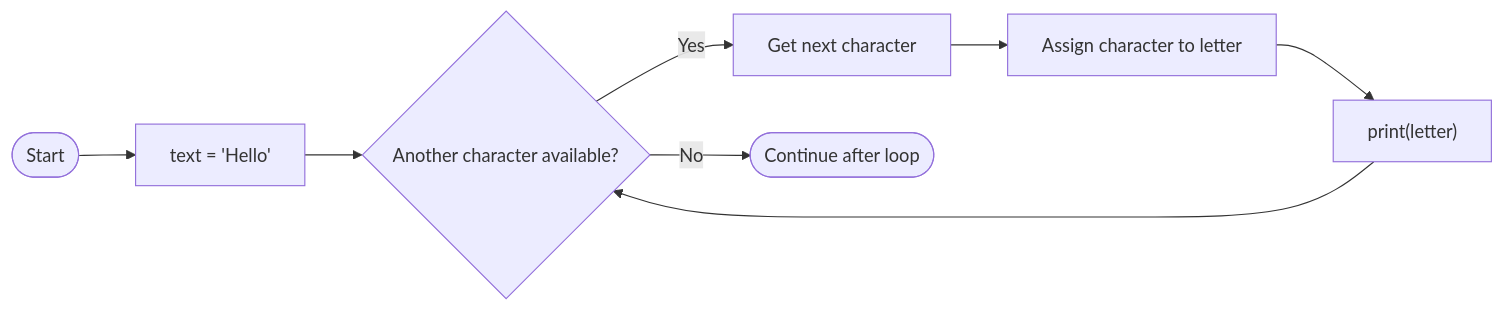
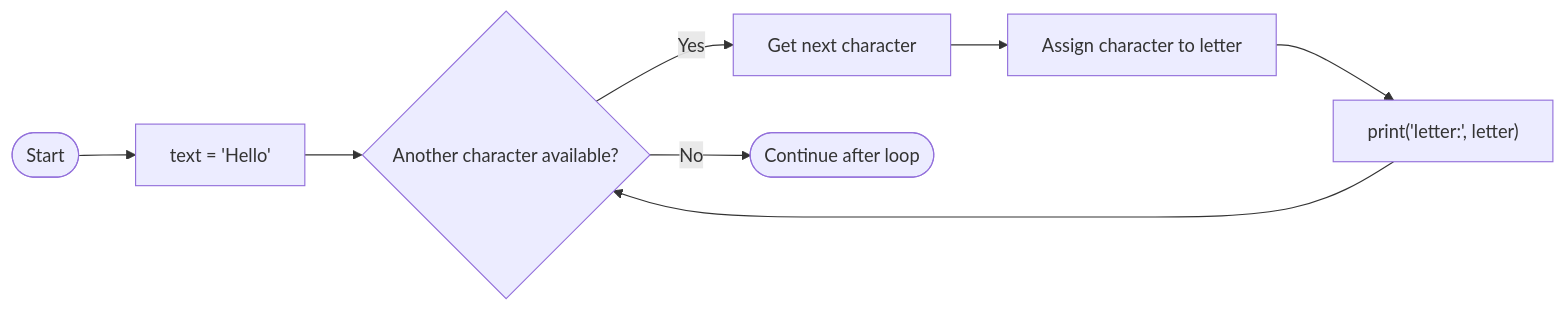
One commit to Rokiis1/Teaching-Materia changed the fifth of 7 diagrams in docs/en/python/control_flow/1_level/1_level_control_flow.md. Above: the diagram before and after it, drawn with Mermaid. The commit also changed other lines of this file, not shown here.

Commit message:
Updated  level 1 control flow documentation

````diff
--- a/docs/en/python/control_flow/1_level/1_level_control_flow.md
+++ b/docs/en/python/control_flow/1_level/1_level_control_flow.md
@@ -191,12 +189,10 @@
 ```mermaid
 flowchart LR
     A([Start]) --> B["text = 'Hello'"]
     B --> C{Another character available?}
-
     C -->|Yes| D[Get next character]
     D --> E[Assign character to letter]
-    E --> F["print(letter)"]
+    E --> F["print('letter:', letter)"]
     F --> C
-
     C -->|No| G([Continue after loop])
 ```
````
